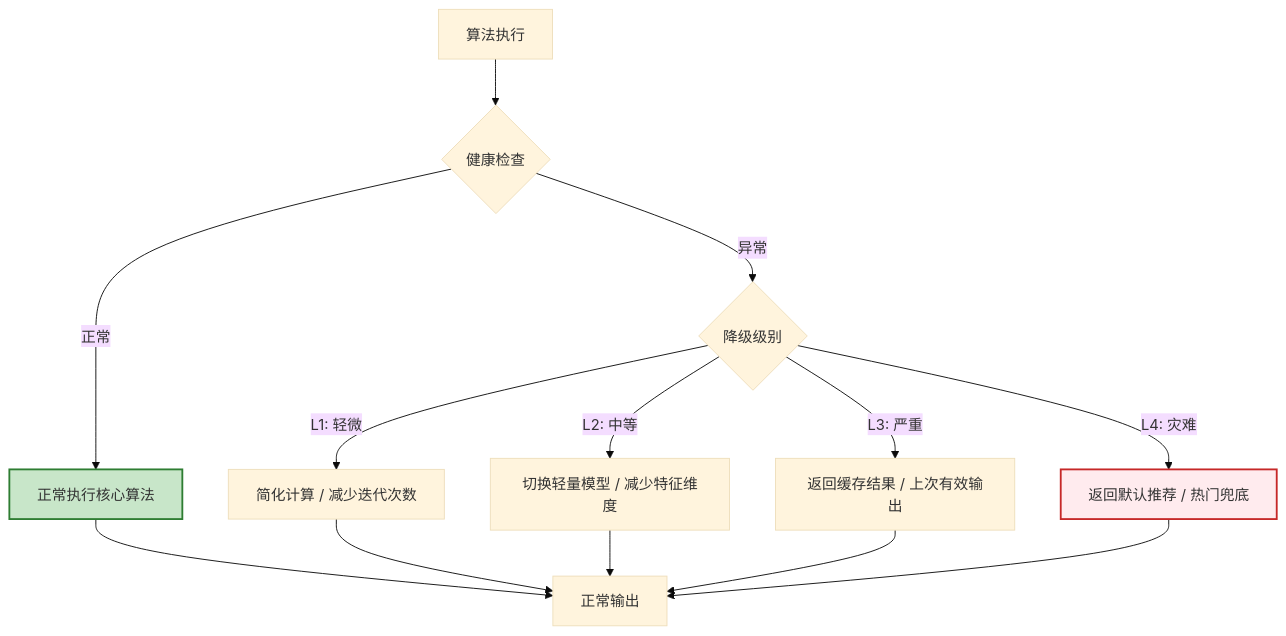
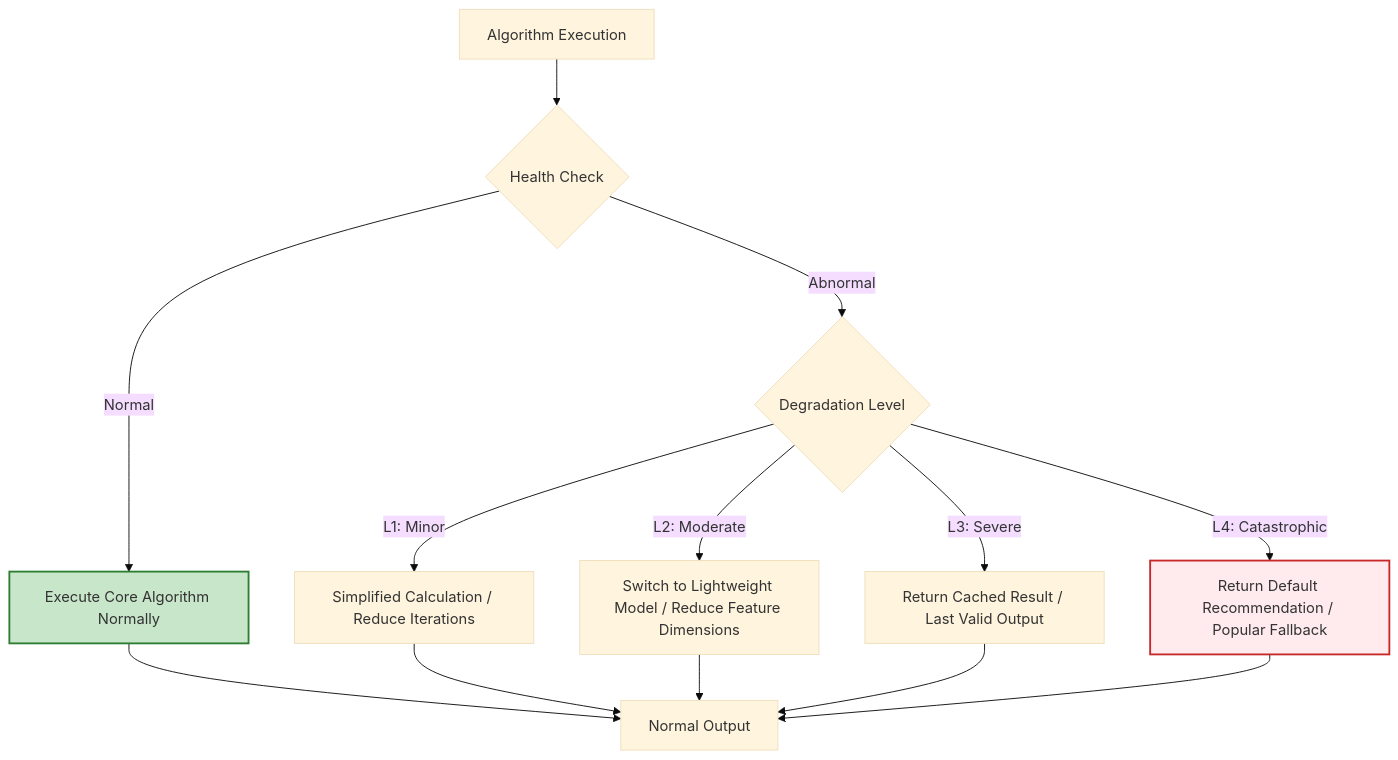
Before and after one commit to Kirky-X/cangjie: the eighth of 10 diagrams in templates/产品/技术层/【模板】核心算法文档.md, drawn with Mermaid (base theme). The commit also changed other lines of this file and 46 other files, not shown here.

````diff
--- a/templates/产品/技术层/【模板】核心算法文档.md
+++ b/templates/产品/技术层/【模板】核心算法文档.md
@@ -816,21 +816,21 @@
 ```mermaid
 flowchart TD
-    Start[算法执行] --> Check{健康检查}
+    Start[Algorithm Execution] --> Check{Health Check}
 
-    Check -->|正常| Normal[正常执行核心算法]
-    Check -->|异常| Degrade{降级级别}
+    Check -->|Normal| Normal[Execute Core Algorithm Normally]
+    Check -->|Abnormal| Degrade{Degradation Level}
 
-    Degrade -->|L1: 轻微| L1[简化计算 / 减少迭代次数]
-    Degrade -->|L2: 中等| L2[切换轻量模型 / 减少特征维度]
-    Degrade -->|L3: 严重| L3[返回缓存结果 / 上次有效输出]
-    Degrade -->|L4: 灾难| L4[返回默认推荐 / 热门兜底]
+    Degrade -->|L1: Minor| L1[Simplified Calculation / Reduce Iterations]
+    Degrade -->|L2: Moderate| L2[Switch to Lightweight Model / Reduce Feature Dimensions]
+    Degrade -->|L3: Severe| L3[Return Cached Result / Last Valid Output]
+    Degrade -->|L4: Catastrophic| L4[Return Default Recommendation / Popular Fallback]
 
-    Normal --> Output[正常输出]
+    Normal --> Output[Normal Output]
     L1 --> Output
     L2 --> Output
     L3 --> Output
     L4 --> Output
 
     style L4 fill:#ffebee,stroke:#c62828,stroke-width:2px
     style Normal fill:#c8e6c9,stroke:#2e7d32,stroke-width:2px
 ```
````
